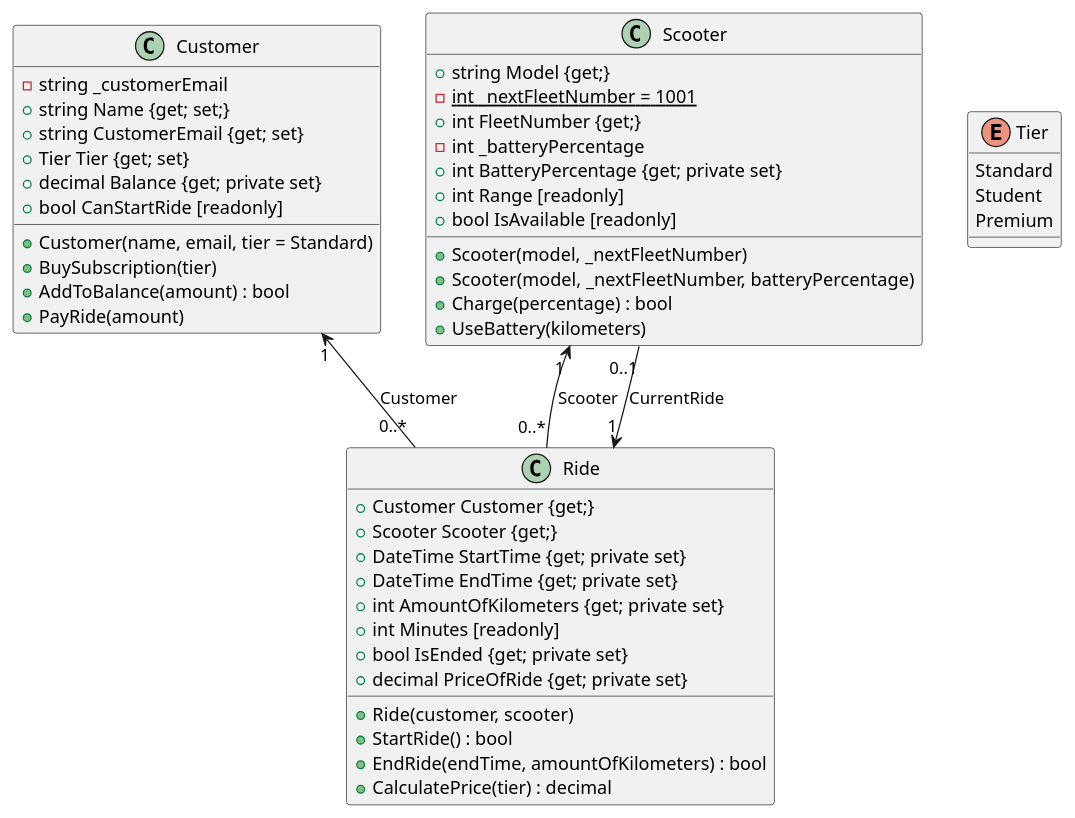
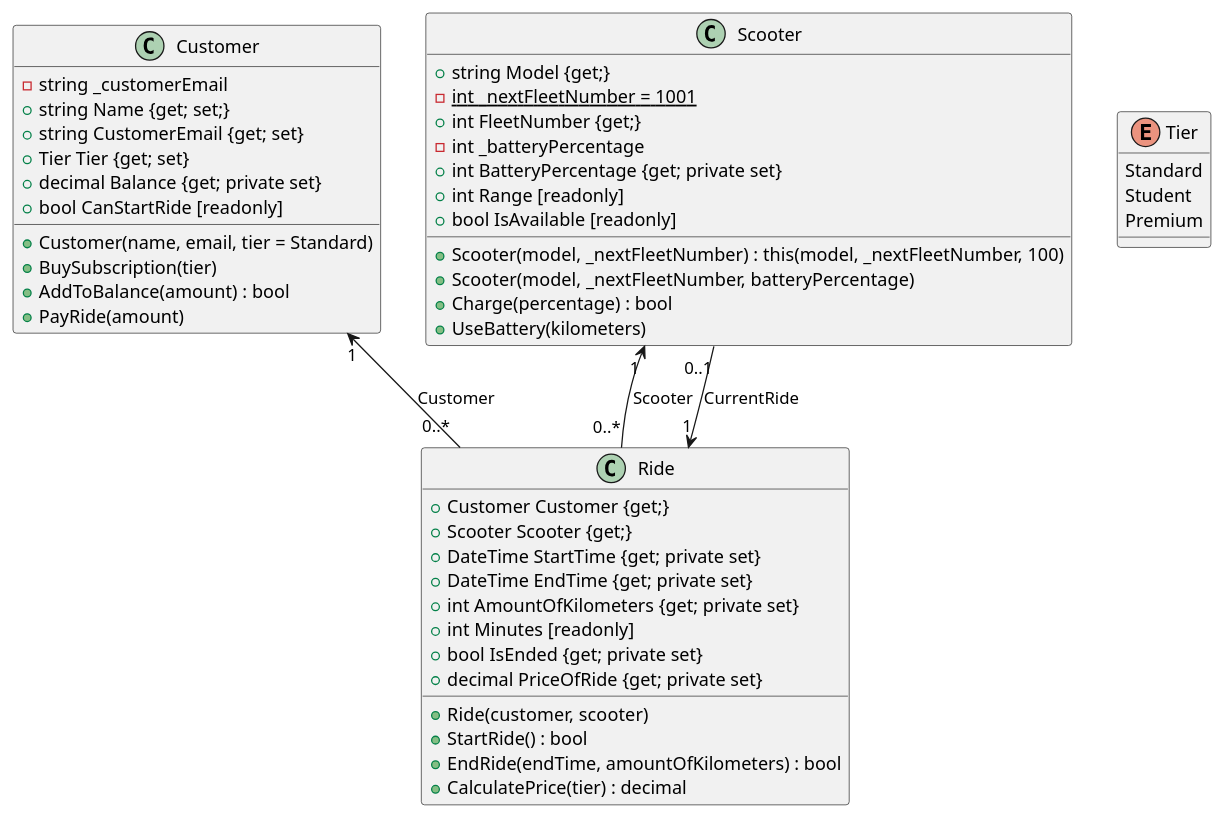
The diagram in model.puml (Anika-Pargfrieder/Scooter_Sharing), drawn with PlantUML before and after one commit.

Commit message:
Fix constructor call for Scooter class

```diff
--- a/model.puml
+++ b/model.puml
@@ -4,58 +4,58 @@
 @startuml
 
 class Customer {
     -string _customerEmail
     +string Name {get; set;}
     +string CustomerEmail {get; set}
     +Tier Tier {get; set}
     +decimal Balance {get; private set}
     +bool CanStartRide [readonly]
 
     +Customer(name, email, tier = Standard)
     +BuySubscription(tier)
     +AddToBalance(amount) : bool
     +PayRide(amount)
 }
 
 class Scooter {
     +string Model {get;}
     {static} -int _nextFleetNumber = 1001
     +int FleetNumber {get;}
     -int _batteryPercentage
     +int BatteryPercentage {get; private set}
     +int Range [readonly]
     +bool IsAvailable [readonly]
 
-    +Scooter(model, _nextFleetNumber)
+    +Scooter(model, _nextFleetNumber) : this(model, _nextFleetNumber, 100)
     +Scooter(model, _nextFleetNumber, batteryPercentage)
     +Charge(percentage) : bool
     +UseBattery(kilometers)
 }
 
 class Ride {
     +Customer Customer {get;}
     +Scooter Scooter {get;}
     +DateTime StartTime {get; private set}
     +DateTime EndTime {get; private set}
     +int AmountOfKilometers {get; private set}
     +int Minutes [readonly]
     +bool IsEnded {get; private set}
     +decimal PriceOfRide {get; private set}
 
     +Ride(customer, scooter)
     +StartRide() : bool
     +EndRide(endTime, amountOfKilometers) : bool
     +CalculatePrice(tier) : decimal
 }
 
 enum Tier {
     Standard
     Student
     Premium
 }
 
 Customer "1" <-- "0..*" Ride : Customer
 Scooter "1" <-- "0..*" Ride : Scooter
 Scooter "0..1" --> "1" Ride : CurrentRide
 
 @enduml
```
